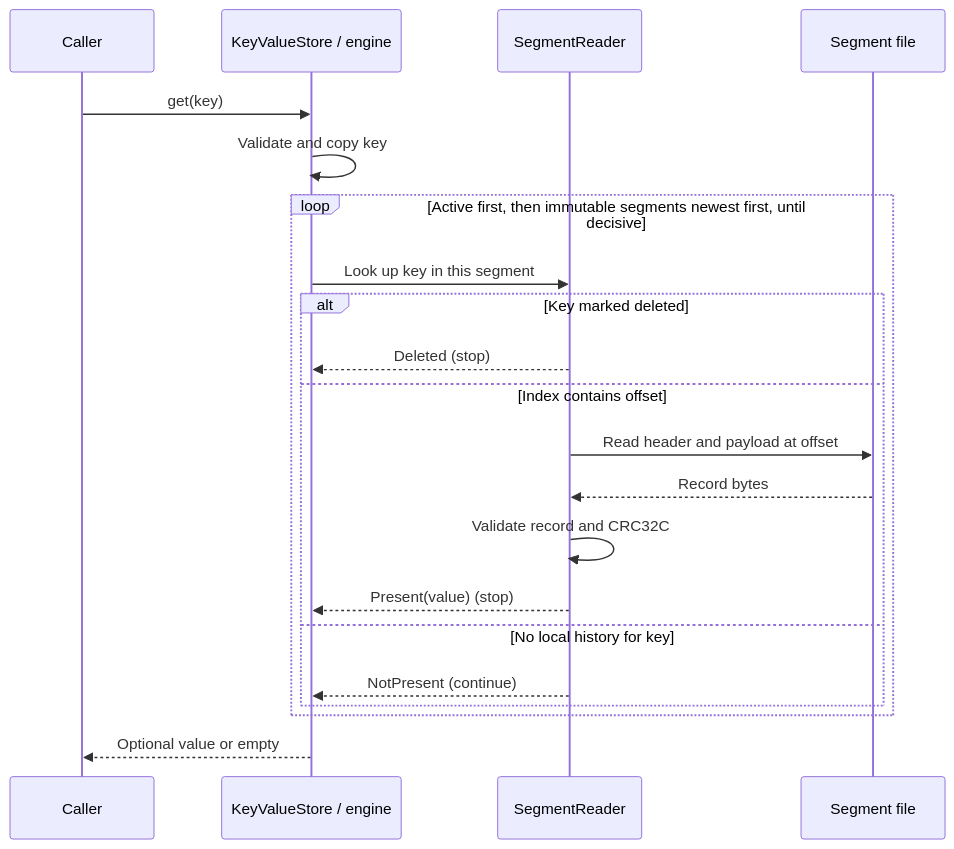
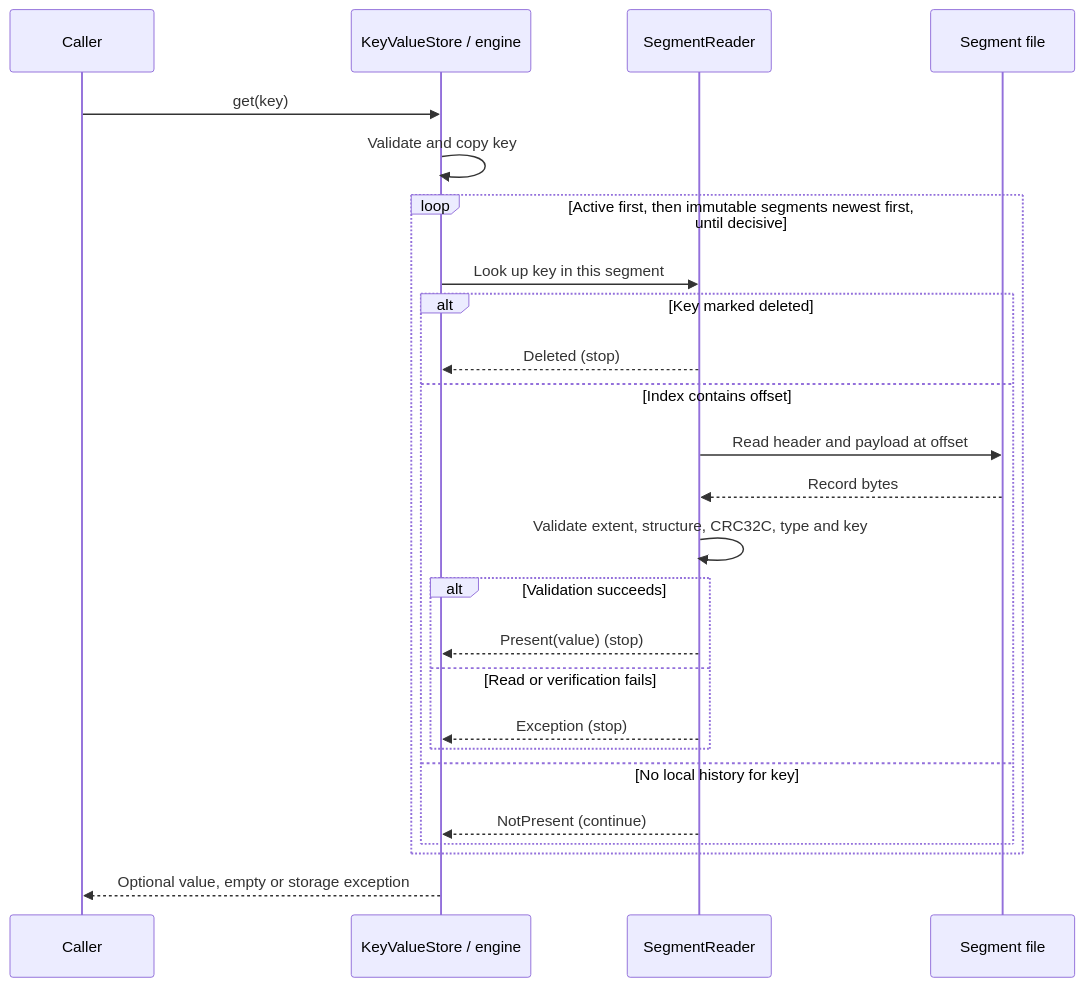
Before and after one commit to ryszardzmija/shaledb: the third of 3 diagrams in docs/architecture.md, drawn with Mermaid. The commit also changed other lines of this file and 19 other files, not shown here.

````diff
--- a/docs/architecture.md
+++ b/docs/architecture.md
@@ -76,23 +76,27 @@
 ```mermaid
 sequenceDiagram
     participant C as Caller
     participant E as KeyValueStore / engine
     participant S as SegmentReader
     participant F as Segment file
     C->>E: get(key)
     E->>E: Validate and copy key
     loop Active first, then immutable segments newest first, until decisive
         E->>S: Look up key in this segment
         alt Key marked deleted
             S-->>E: Deleted (stop)
         else Index contains offset
             S->>F: Read header and payload at offset
             F-->>S: Record bytes
-            S->>S: Validate record and CRC32C
-            S-->>E: Present(value) (stop)
+            S->>S: Validate extent, structure, CRC32C, type and key
+            alt Validation succeeds
+                S-->>E: Present(value) (stop)
+            else Read or verification fails
+                S-->>E: Exception (stop)
+            end
         else No local history for key
             S-->>E: NotPresent (continue)
         end
     end
-    E-->>C: Optional value or empty
+    E-->>C: Optional value, empty or storage exception
 ```
````
